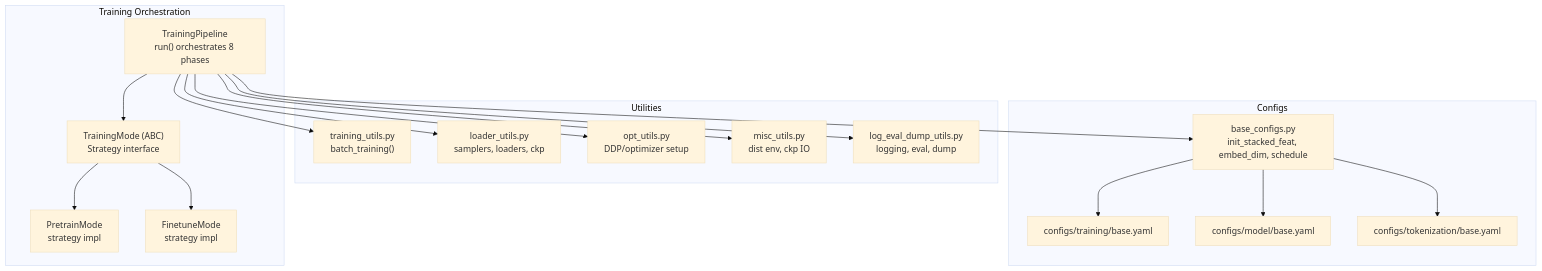
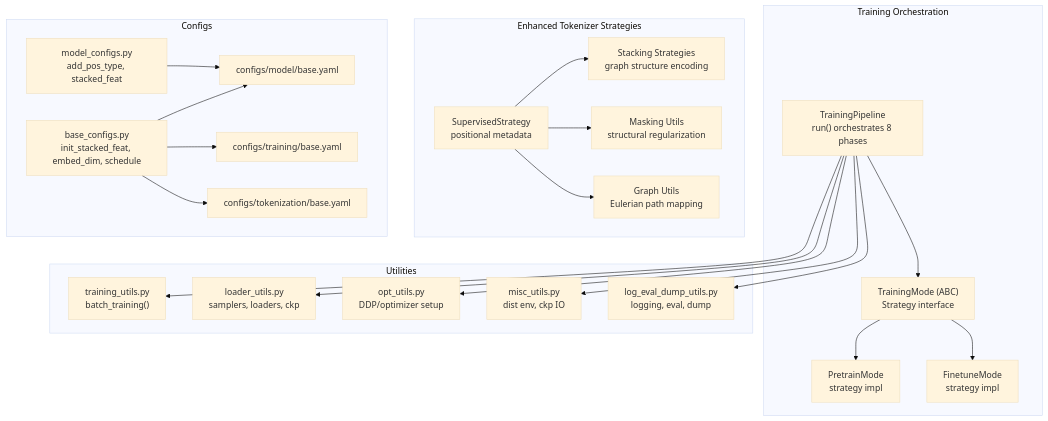
One commit to alibaba/graph-gpt changed the first of 4 diagrams in .qoder/repowiki/en/content/Training Pipeline/Unified Pipeline Orchestration.md. Above: the diagram before and after it, drawn with Mermaid (base theme). The commit also changed other lines of this file and 7 other files, not shown here.

Commit message:
update graph-lvl bash files

````diff
--- a/.qoder/repowiki/en/content/Training Pipeline/Unified Pipeline Orchestration.md
+++ b/.qoder/repowiki/en/content/Training Pipeline/Unified Pipeline Orchestration.md
@@ -45,34 +61,44 @@
 ```mermaid
 graph TB
 subgraph "Training Orchestration"
 TP["TrainingPipeline<br/>run() orchestrates 8 phases"]
 TM["TrainingMode (ABC)<br/>Strategy interface"]
 PTM["PretrainMode<br/>strategy impl"]
 FTM["FinetuneMode<br/>strategy impl"]
+end
+subgraph "Enhanced Tokenizer Strategies"
+STS["SupervisedStrategy<br/>positional metadata"]
+SS["Stacking Strategies<br/>graph structure encoding"]
+MSK["Masking Utils<br/>structural regularization"]
+NXU["Graph Utils<br/>Eulerian path mapping"]
 end
 subgraph "Utilities"
 TU["training_utils.py<br/>batch_training()"]
 LU["loader_utils.py<br/>samplers, loaders, ckp"]
 OU["opt_utils.py<br/>DDP/optimizer setup"]
 MU["misc_utils.py<br/>dist env, ckp IO"]
 LEU["log_eval_dump_utils.py<br/>logging, eval, dump"]
 end
 subgraph "Configs"
 BC["base_configs.py<br/>init_stacked_feat, embed_dim, schedule"]
+MC["model_configs.py<br/>add_pos_type, stacked_feat"]
 CFG_T["configs/training/base.yaml"]
 CFG_M["configs/model/base.yaml"]
 CFG_TO["configs/tokenization/base.yaml"]
 end
 TP --> TM
 TM --> PTM
 TM --> FTM
 TP --> TU
 TP --> LU
 TP --> OU
 TP --> MU
 TP --> LEU
-TP --> BC
+STS --> SS
+STS --> MSK
+STS --> NXU
+MC --> CFG_M
 BC --> CFG_T
 BC --> CFG_M
 BC --> CFG_TO
 ```
````
